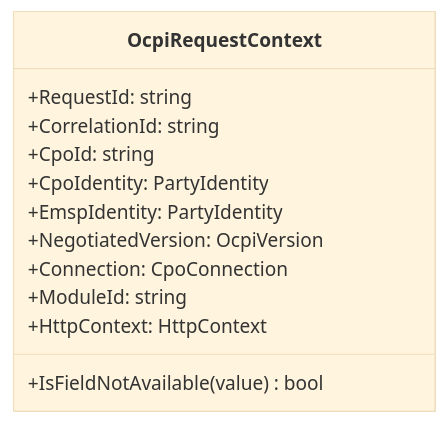
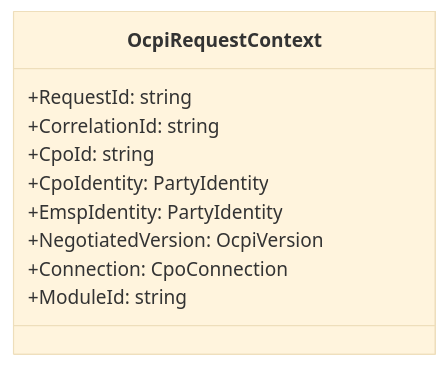
One commit to hannan-m/DotOcpi changed the tenth of 34 diagrams in docs/architecture.md. Above: the diagram before and after it, drawn with Mermaid (base theme). The commit also changed other lines of this file and 19 other files, not shown here.

````diff
--- a/docs/architecture.md
+++ b/docs/architecture.md
@@ -329,15 +329,13 @@
 ```mermaid
 classDiagram
     class OcpiRequestContext {
         +RequestId: string
         +CorrelationId: string
         +CpoId: string
         +CpoIdentity: PartyIdentity
         +EmspIdentity: PartyIdentity
         +NegotiatedVersion: OcpiVersion
         +Connection: CpoConnection
         +ModuleId: string
-        +HttpContext: HttpContext
-        +IsFieldNotAvailable(value) bool
     }
 ```
````
